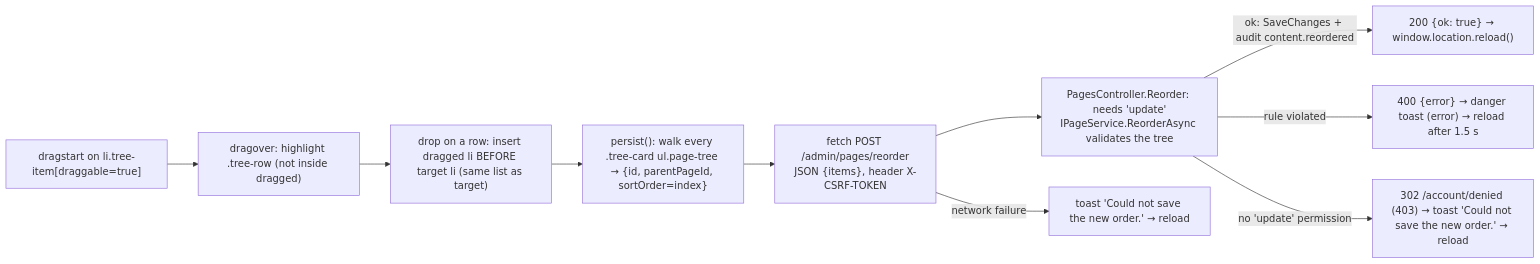
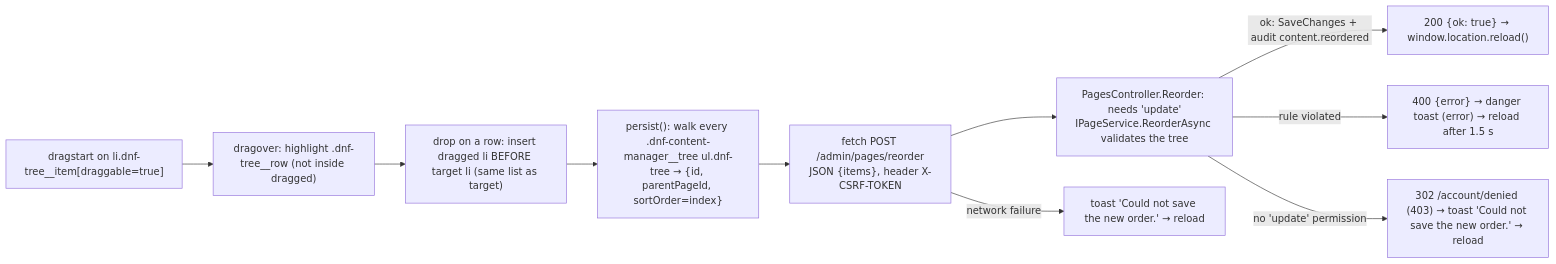
The second of 4 diagrams in .docs/pages/pages.md (Albadit/DotNetForge), drawn with Mermaid before and after one commit. The commit also changed other lines of this file and 412 other files, not shown here.

````diff
--- a/.docs/pages/pages.md
+++ b/.docs/pages/pages.md
@@ -261,12 +264,12 @@
 ```mermaid
 flowchart LR
-    D["dragstart on li.tree-item[draggable=true]"] --> O["dragover: highlight .tree-row (not inside dragged)"]
+    D["dragstart on li.dnf-tree__item[draggable=true]"] --> O["dragover: highlight .dnf-tree__row (not inside dragged)"]
     O --> Drop["drop on a row: insert dragged li BEFORE target li (same list as target)"]
-    Drop --> W["persist(): walk every .tree-card ul.page-tree → {id, parentPageId, sortOrder=index}"]
+    Drop --> W["persist(): walk every .dnf-content-manager__tree ul.dnf-tree → {id, parentPageId, sortOrder=index}"]
     W --> F["fetch POST /admin/pages/reorder<br/>JSON {items}, header X-CSRF-TOKEN"]
     F --> C["PagesController.Reorder: needs 'update'<br/>IPageService.ReorderAsync validates the tree"]
     C -- "ok: SaveChanges + audit content.reordered" --> R["200 {ok: true} → window.location.reload()"]
     C -- "rule violated" --> E["400 {error} → danger toast (error) → reload after 1.5 s"]
     C -- "no 'update' permission" --> X["302 /account/denied (403) → toast 'Could not save the new order.' → reload"]
     F -- "network failure" --> N["toast 'Could not save the new order.' → reload"]
 ```
````
